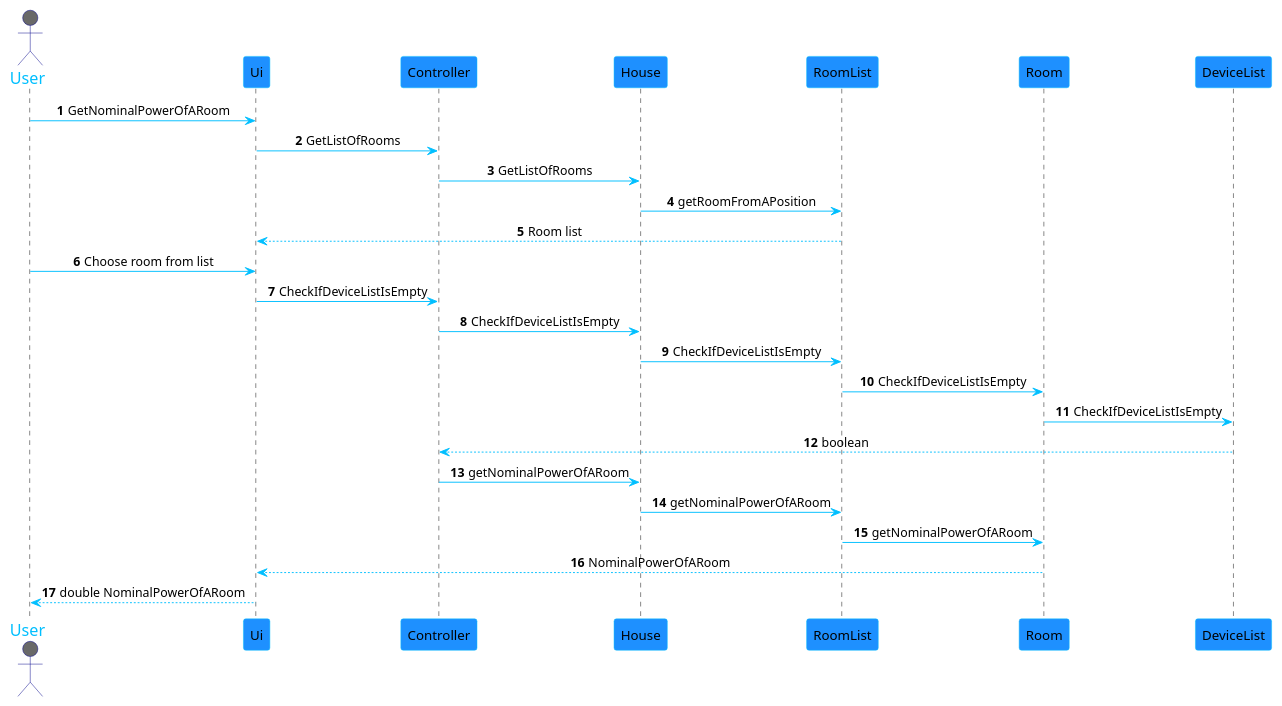
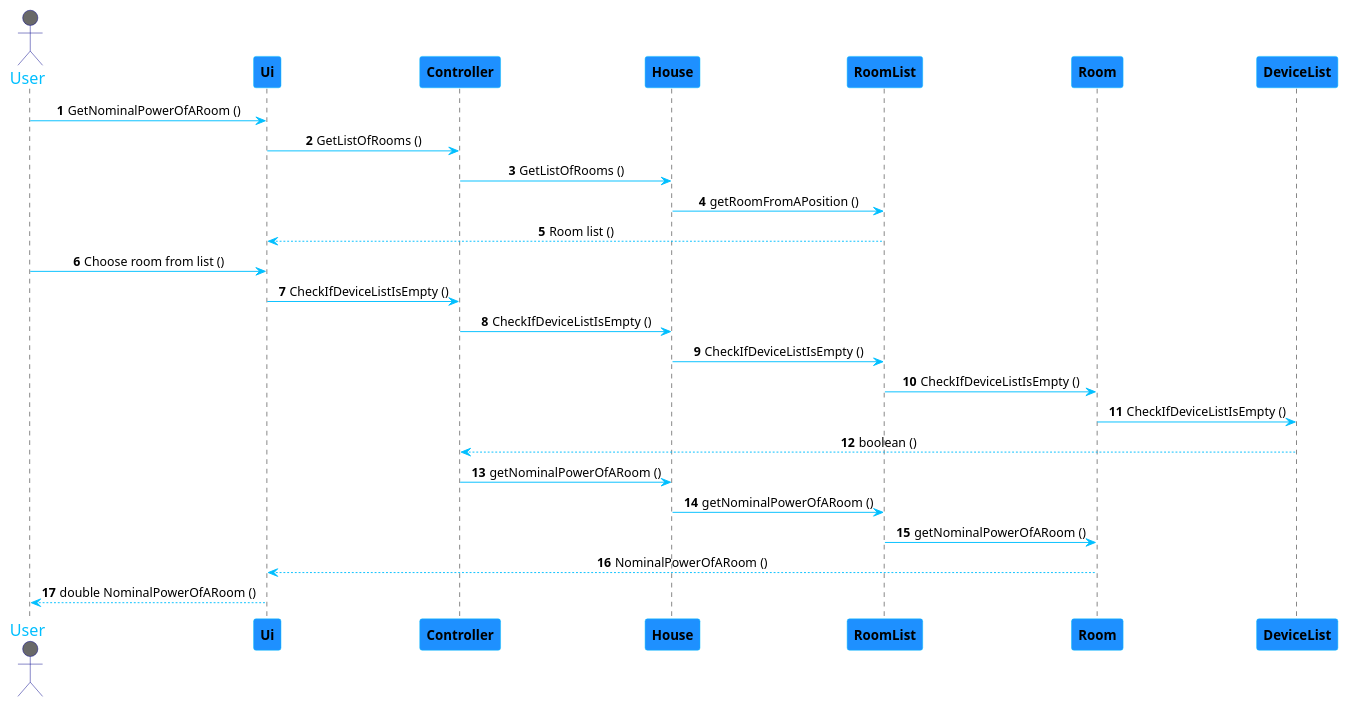
One commit to 1181687/hateoasToy changed the diagram in src/main/java/pt/ipp/isep/dei/project/controllers/GetNominalPowerOfARoom.puml. Above: the diagram before and after it, drawn with PlantUML. The commit also changed 2 other files, not shown here.

Commit message:
Addresses #67 and #62 sequence diagrams added

```diff
--- a/src/main/java/pt/ipp/isep/dei/project/controllers/GetNominalPowerOfARoom.puml
+++ b/src/main/java/pt/ipp/isep/dei/project/controllers/GetNominalPowerOfARoom.puml
@@ -1,41 +1,42 @@
 @startuml
 skinparam sequenceMessageAlign center
 skinparam sequence {
 	ArrowColor DeepSkyBlue
 	ActorBorderColor DarkBlue
 	LifeLineBorderColor black
 	LifeLineBackgroundColor #A9DCDF
 
 	ParticipantBorderColor DeepSkyBlue
 	ParticipantBackgroundColor DodgerBlue
+	ParticipantFontStyle Bold
 
 	ActorBackgroundColor DimGrey
 	ActorFontColor DeepSkyBlue
 	ActorFontSize 17
 	ActorFontName Aapex
 }
 
 autonumber
 actor User
-User -> Ui: GetNominalPowerOfARoom
-Ui -> Controller: GetListOfRooms
-Controller -> House: GetListOfRooms
+User -> Ui: GetNominalPowerOfARoom ()
+Ui -> Controller: GetListOfRooms ()
+Controller -> House: GetListOfRooms ()
 
-House -> RoomList: getRoomFromAPosition
-Ui <-- RoomList: Room list
+House -> RoomList: getRoomFromAPosition ()
+Ui <-- RoomList: Room list ()
 
-User -> Ui: Choose room from list
-Ui -> Controller: CheckIfDeviceListIsEmpty
-Controller -> House: CheckIfDeviceListIsEmpty
-House -> RoomList: CheckIfDeviceListIsEmpty
-RoomList -> Room: CheckIfDeviceListIsEmpty
-Room -> DeviceList: CheckIfDeviceListIsEmpty
-Controller <-- DeviceList: boolean
+User -> Ui: Choose room from list ()
+Ui -> Controller: CheckIfDeviceListIsEmpty ()
+Controller -> House: CheckIfDeviceListIsEmpty ()
+House -> RoomList: CheckIfDeviceListIsEmpty ()
+RoomList -> Room: CheckIfDeviceListIsEmpty ()
+Room -> DeviceList: CheckIfDeviceListIsEmpty ()
+Controller <-- DeviceList: boolean ()
 
 
-Controller -> House: getNominalPowerOfARoom
-House -> RoomList: getNominalPowerOfARoom
-RoomList -> Room: getNominalPowerOfARoom
-Ui <-- Room: NominalPowerOfARoom
-User <-- Ui: double NominalPowerOfARoom
+Controller -> House: getNominalPowerOfARoom ()
+House -> RoomList: getNominalPowerOfARoom ()
+RoomList -> Room: getNominalPowerOfARoom ()
+Ui <-- Room: NominalPowerOfARoom ()
+User <-- Ui: double NominalPowerOfARoom ()
 @enduml
```
